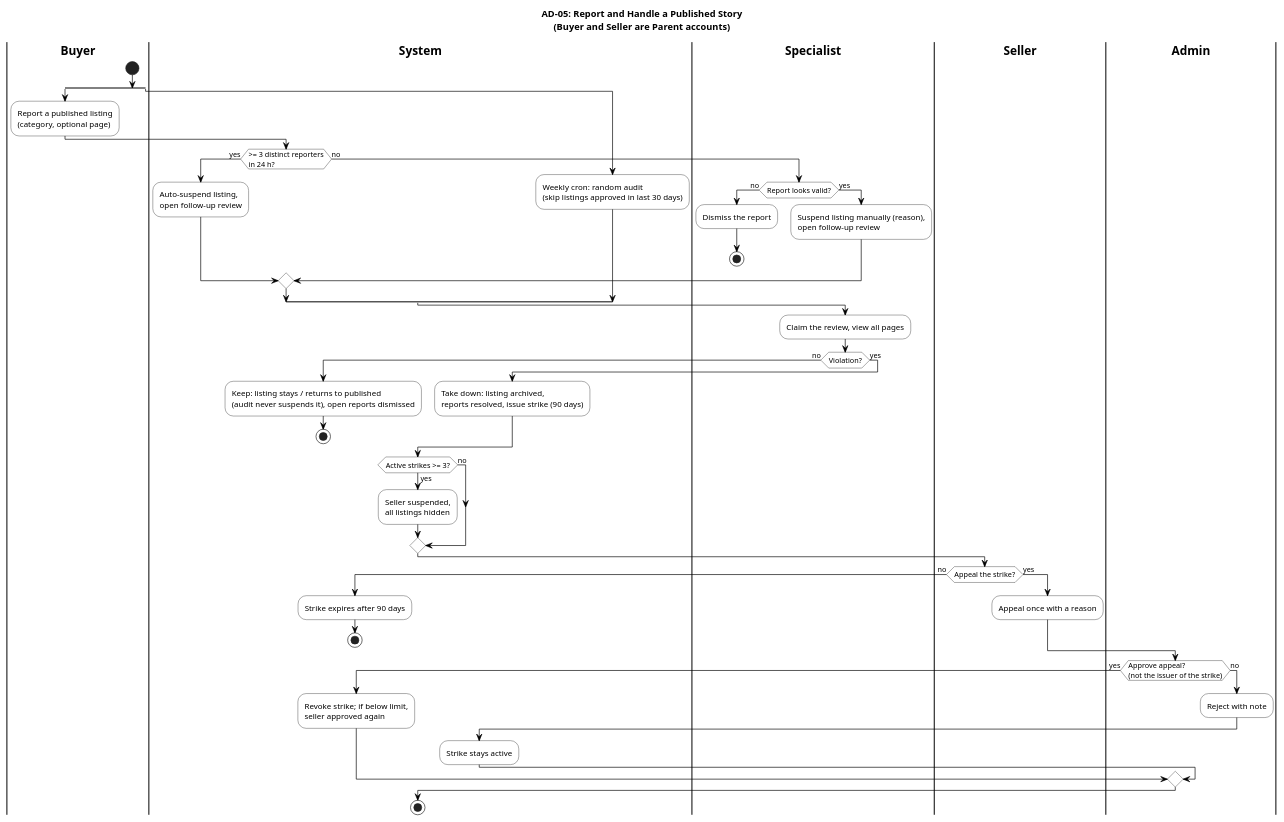
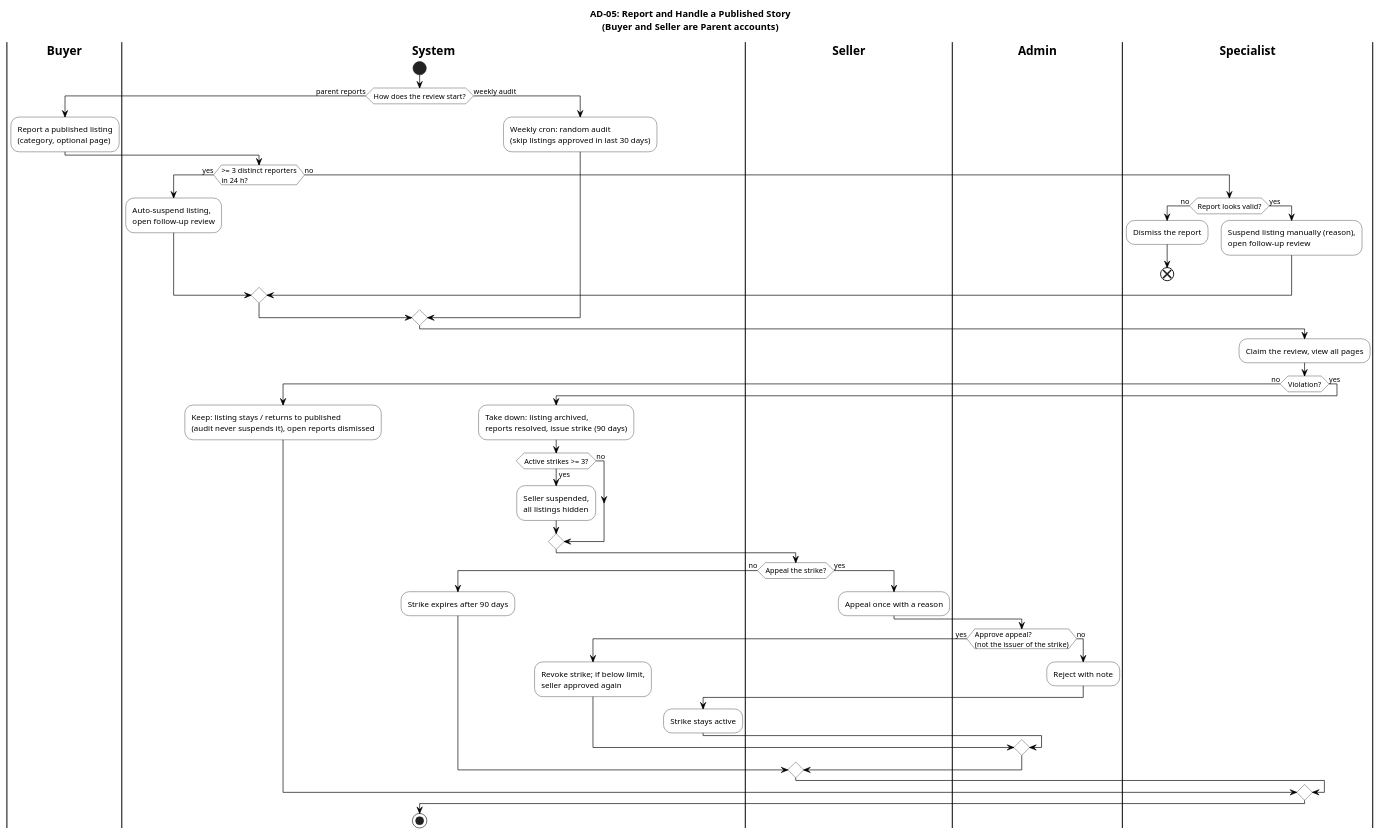
One commit to SEP490-GFA26SE186/BE changed the diagram in docs/diagrams/activity/AD-05-report-and-handle.puml. Above: the diagram before and after it, drawn with PlantUML. The commit also changed 10 other files, not shown here.

First line of the commit message:
Refactor refund activity diagrams for clarity and consistency

```diff
--- a/docs/diagrams/activity/AD-05-report-and-handle.puml
+++ b/docs/diagrams/activity/AD-05-report-and-handle.puml
@@ -1,74 +1,73 @@
 @startuml AD-05-report-and-handle
 title AD-05: Report and Handle a Published Story\n(Buyer and Seller are Parent accounts)
 skinparam defaultFontName Arial
 skinparam shadowing false
 skinparam ArrowColor #000000
 skinparam ActivityBackgroundColor #FFFFFF
 skinparam ActivityBorderColor #000000
 skinparam ActivityDiamondBackgroundColor #FFFFFF
 skinparam ActivityDiamondBorderColor #000000
 skinparam SwimlaneBorderColor #000000
 skinparam SwimlaneTitleFontStyle bold
 
 |Buyer|
 |System|
-|Specialist|
 |Seller|
 |Admin|
+|Specialist|
 
-|Buyer|
+|System|
 start
-split
+if (How does the review start?) then (parent reports)
   |Buyer|
   :Report a published listing\n(category, optional page);
   |System|
   if (>= 3 distinct reporters\nin 24 h?) then (yes)
     :Auto-suspend listing,\nopen follow-up review;
   else (no)
     |Specialist|
     if (Report looks valid?) then (no)
       :Dismiss the report;
-      stop
+      end
     else (yes)
       :Suspend listing manually (reason),\nopen follow-up review;
     endif
   endif
-split again
+else (weekly audit)
   |System|
   :Weekly cron: random audit\n(skip listings approved in last 30 days);
-end split
+endif
 |Specialist|
 :Claim the review, view all pages;
 if (Violation?) then (no)
   |System|
   :Keep: listing stays / returns to published\n(audit never suspends it), open reports dismissed;
-  stop
 else (yes)
   |System|
   :Take down: listing archived,\nreports resolved, issue strike (90 days);
+  if (Active strikes >= 3?) then (yes)
+    :Seller suspended,\nall listings hidden;
+  else (no)
+  endif
+  |Seller|
+  if (Appeal the strike?) then (no)
+    |System|
+    :Strike expires after 90 days;
+  else (yes)
+    |Seller|
+    :Appeal once with a reason;
+    |Admin|
+    if (Approve appeal?\n(not the issuer of the strike)) then (yes)
+      |System|
+      :Revoke strike; if below limit,\nseller approved again;
+    else (no)
+      |Admin|
+      :Reject with note;
+      |System|
+      :Strike stays active;
+    endif
+  endif
 endif
-if (Active strikes >= 3?) then (yes)
-  :Seller suspended,\nall listings hidden;
-else (no)
-endif
-|Seller|
-if (Appeal the strike?) then (no)
-  |System|
-  :Strike expires after 90 days;
-  stop
-else (yes)
-  |Seller|
-  :Appeal once with a reason;
-endif
-|Admin|
-if (Approve appeal?\n(not the issuer of the strike)) then (yes)
-  |System|
-  :Revoke strike; if below limit,\nseller approved again;
-else (no)
-  |Admin|
-  :Reject with note;
-  |System|
-  :Strike stays active;
-endif
+|System|
 stop
 @enduml
```
